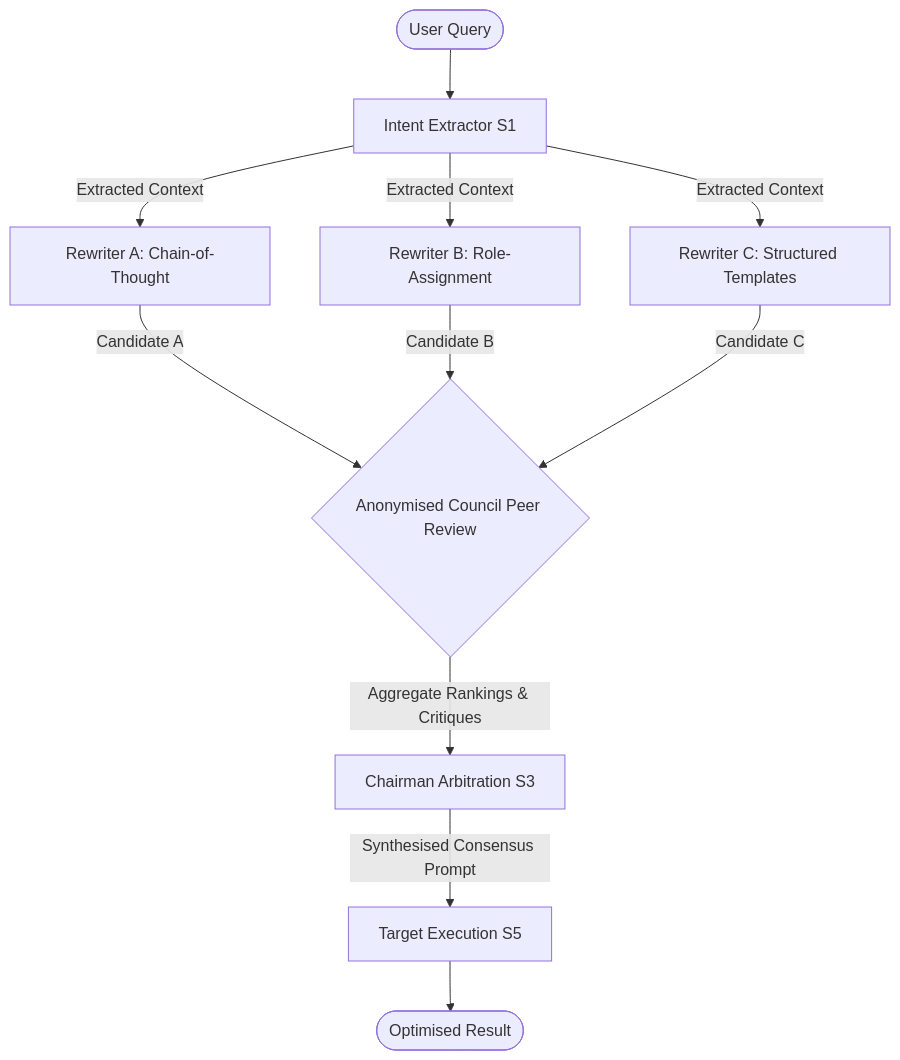
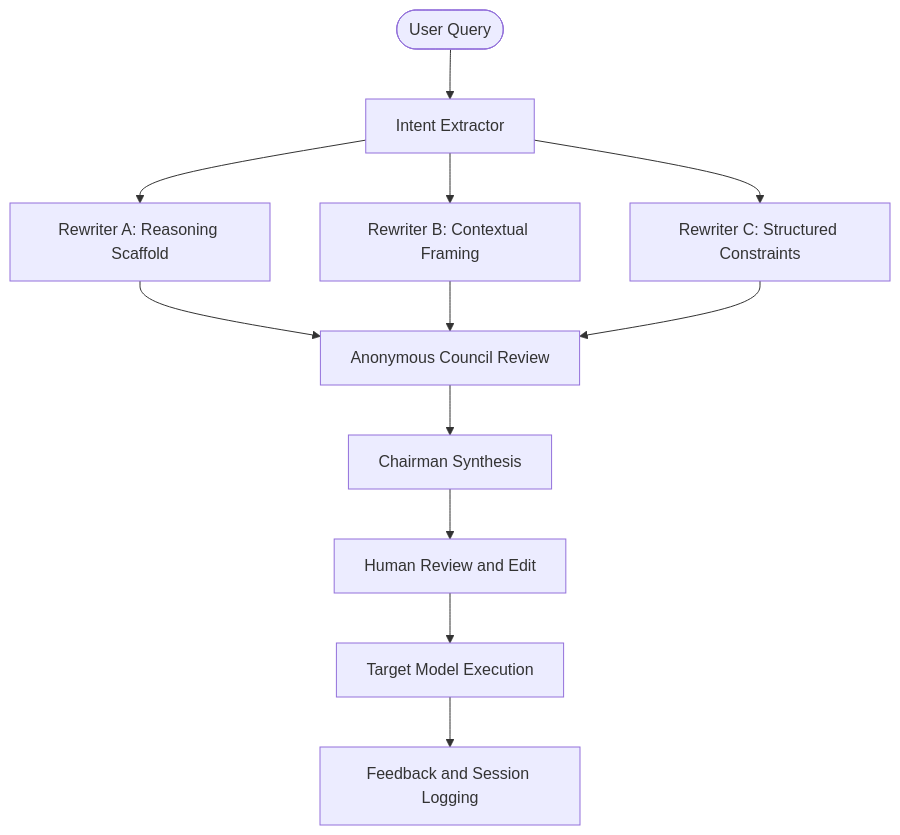
Before and after one commit to dhruv-1100/PromptConsensus: the diagram in README.md, drawn with Mermaid. The commit also changed other lines of this file, not shown here.

````diff
--- a/README.md
+++ b/README.md
@@ -18,17 +13,14 @@
 ```mermaid
 graph TD
-    User([User Query]) --> Extractor[Intent Extractor S1]
-    
-    Extractor --> |Extracted Context| R_A[Rewriter A: Chain-of-Thought]
-    Extractor --> |Extracted Context| R_B[Rewriter B: Role-Assignment]
-    Extractor --> |Extracted Context| R_C[Rewriter C: Structured Templates]
-    
-    R_A --> |Candidate A| Council{Anonymised Council Peer Review}
-    R_B --> |Candidate B| Council
-    R_C --> |Candidate C| Council
-    
-    Council --> |Aggregate Rankings & Critiques| Chairman[Chairman Arbitration S3]
-    
-    Chairman --> |Synthesised Consensus Prompt| Exec[Target Execution S5]
-    Exec --> Final([Optimised Result])
+    User([User Query]) --> Extractor[Intent Extractor]
+    Extractor --> RA[Rewriter A: Reasoning Scaffold]
+    Extractor --> RB[Rewriter B: Contextual Framing]
+    Extractor --> RC[Rewriter C: Structured Constraints]
+    RA --> Council[Anonymous Council Review]
+    RB --> Council
+    RC --> Council
+    Council --> Chairman[Chairman Synthesis]
+    Chairman --> Human[Human Review and Edit]
+    Human --> Execute[Target Model Execution]
+    Execute --> Feedback[Feedback and Session Logging]
 ```
````
